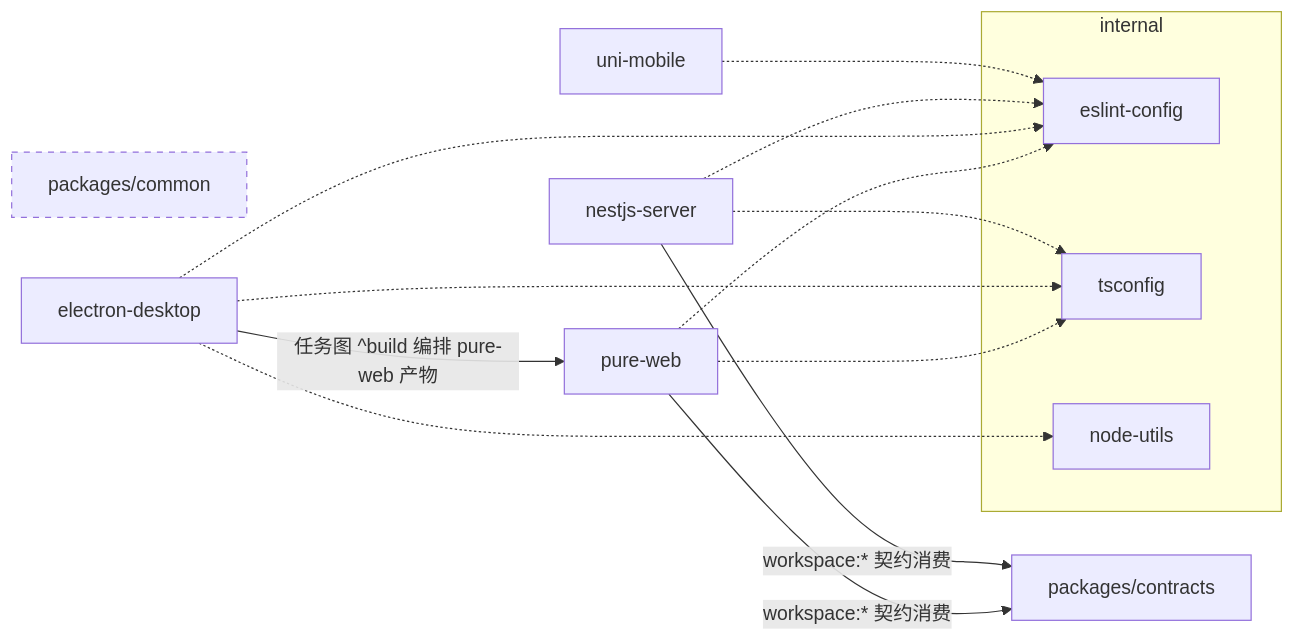
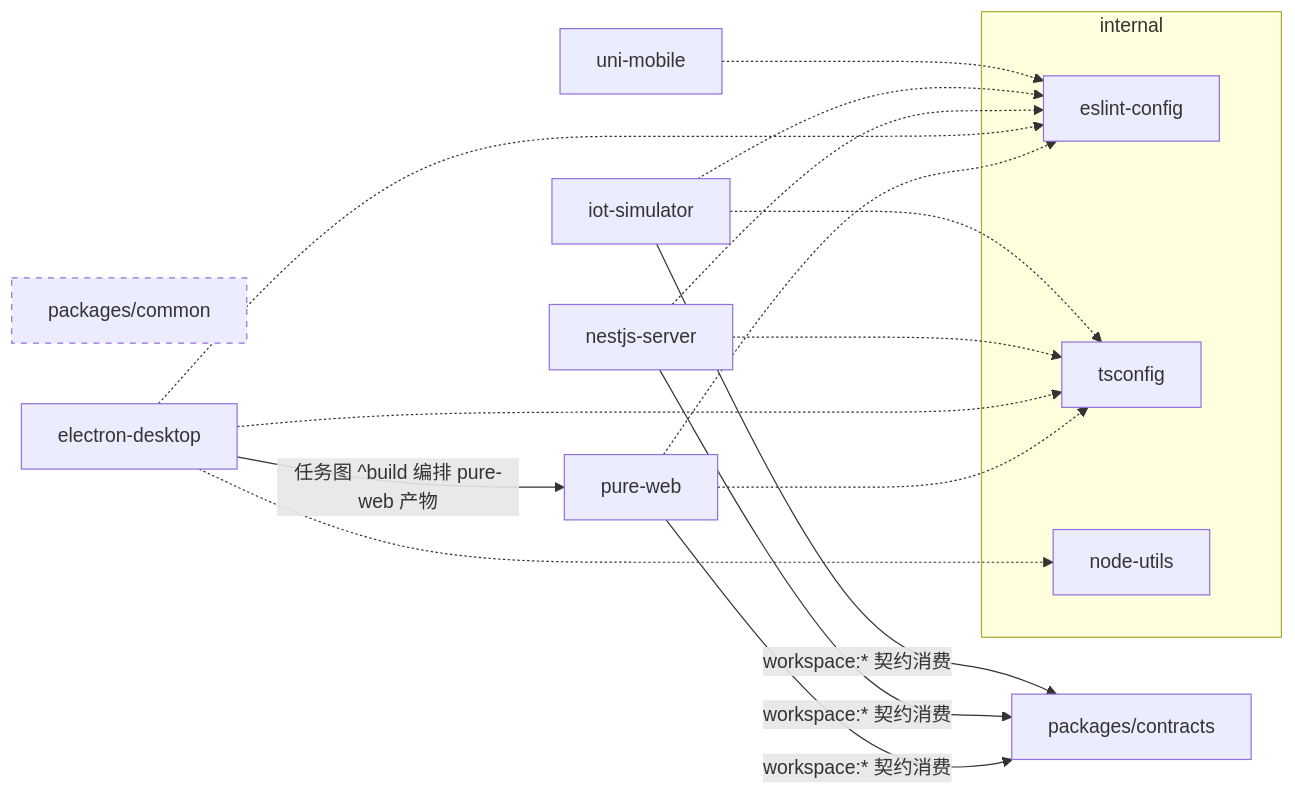
One commit to 25lonelyboy/wewant-multi-admin changed the diagram in docs/architecture/repo-structure.md. Above: the diagram before and after it, drawn with Mermaid. The commit also changed other lines of this file and 4 other files, not shown here.

````diff
--- a/docs/architecture/repo-structure.md
+++ b/docs/architecture/repo-structure.md
@@ -32,22 +33,25 @@
 ```mermaid
 flowchart LR
     common["packages/common"]:::unused
     contracts["packages/contracts"]
     subgraph internal
         eslint["eslint-config"]
         tsconfig["tsconfig"]
         nodeutils["node-utils"]
     end
     web["pure-web"]
     desktop["electron-desktop"]
     server["nestjs-server"]
     mobile["uni-mobile"]
+    simulator["iot-simulator"]
     desktop -- "任务图 ^build 编排 pure-web 产物" --> web
     web -- "workspace:* 契约消费" --> contracts
     server -- "workspace:* 契约消费" --> contracts
+    simulator -- "workspace:* 契约消费" --> contracts
     web -.-> eslint & tsconfig
     desktop -.-> nodeutils & tsconfig & eslint
     server -.-> tsconfig & eslint
+    simulator -.-> tsconfig & eslint
     mobile -.-> eslint
     classDef unused stroke-dasharray: 5 5
 ```
````
